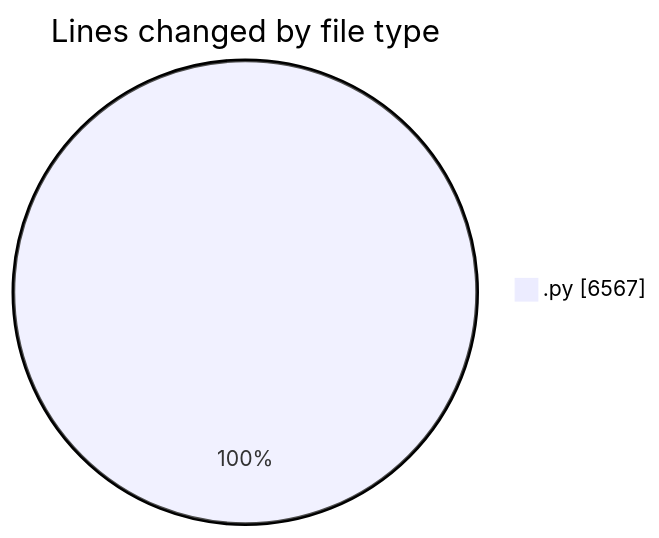
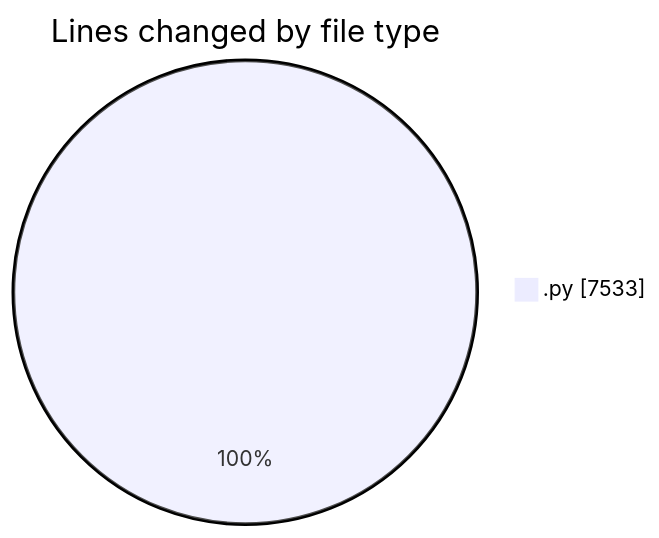
The first of 2 diagrams in 2025-04-18/myws__workspace_/README.md (MatusMokan/code-tracking), drawn with Mermaid before and after one commit. The commit also changed other lines of this file and 1 other file, not shown here.

````diff
--- a/2025-04-18/myws__workspace_/README.md
+++ b/2025-04-18/myws__workspace_/README.md
@@ -23,5 +24,5 @@
 ```mermaid
 pie showData
 title Lines changed by file type
-".py" : 6567
+".py" : 7533
 ```
````
